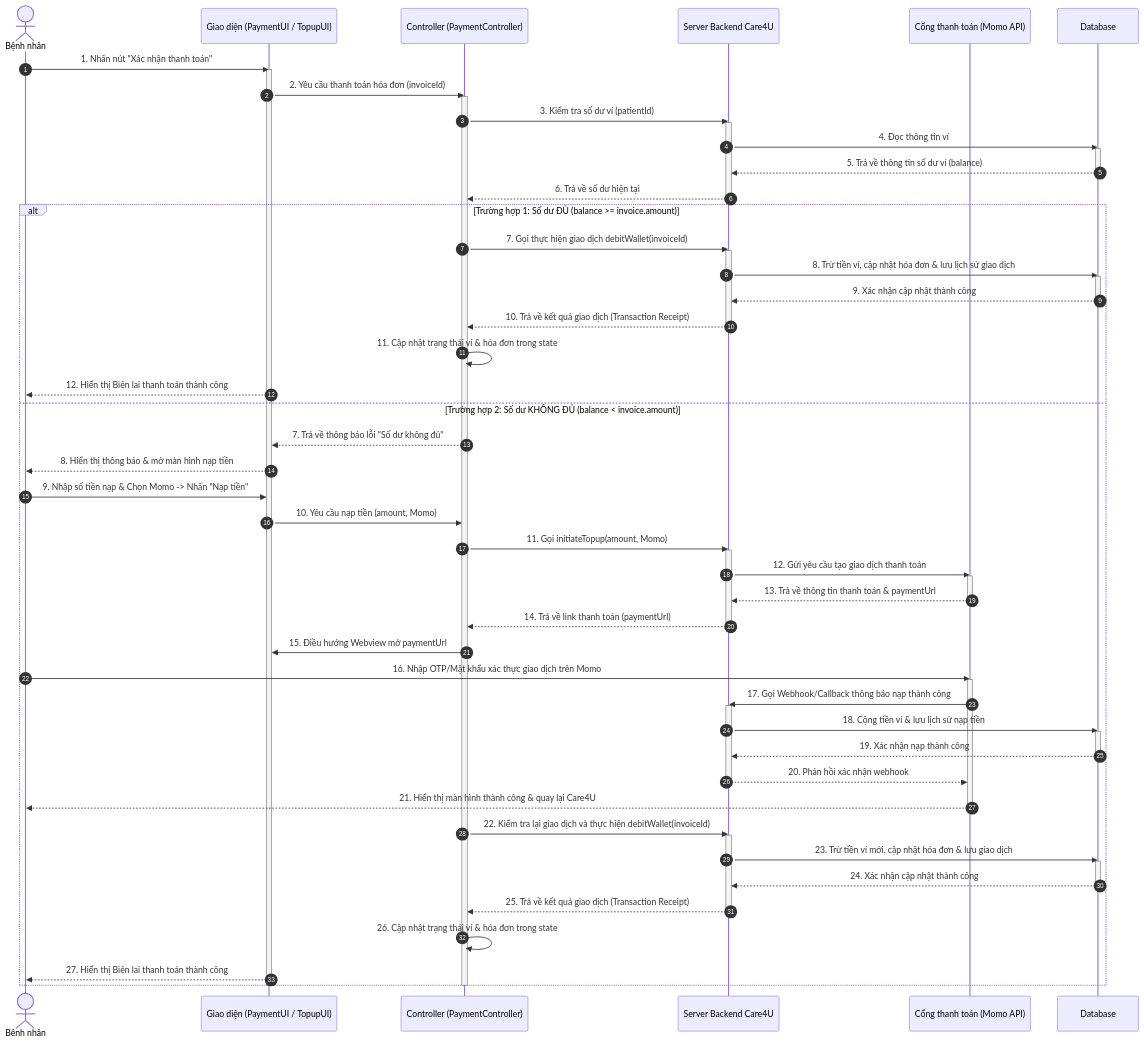
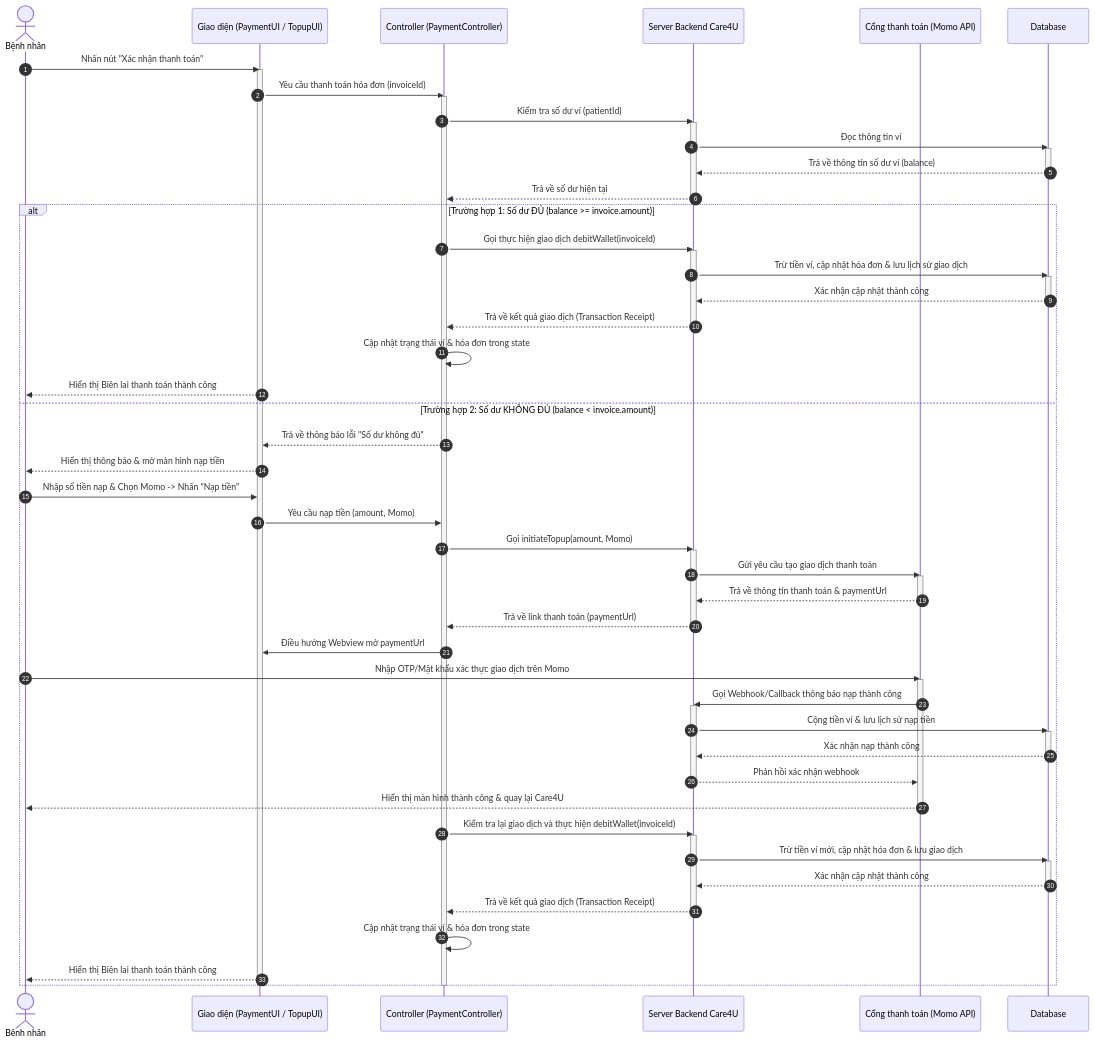
One commit to danhhuit/care4u_medical_booking changed the fourth of 4 diagrams in docs/sequence_diagrams.md. Above: the diagram before and after it, drawn with Mermaid. The commit also changed other lines of this file, not shown here.

Commit message:
docs: update sequence diagrams with PlantUML syntax and alternative websites

````diff
--- a/docs/sequence_diagrams.md
+++ b/docs/sequence_diagrams.md
@@ -107,77 +208,77 @@
 ```mermaid
 sequenceDiagram
     autonumber
     actor Patient as Bệnh nhân
     participant UI as Giao diện (PaymentUI / TopupUI)
     participant Ctrl as Controller (PaymentController)
     participant Server as Server Backend Care4U
     participant Partner as Cổng thanh toán (Momo API)
     participant DB as Database
 
-    Patient->>UI: 1. Nhấn nút "Xác nhận thanh toán"
+    Patient->>UI: Nhấn nút "Xác nhận thanh toán"
     activate UI
-    UI->>Ctrl: 2. Yêu cầu thanh toán hóa đơn (invoiceId)
+    UI->>Ctrl: Yêu cầu thanh toán hóa đơn (invoiceId)
     activate Ctrl
-    Ctrl->>Server: 3. Kiểm tra số dư ví (patientId)
+    Ctrl->>Server: Kiểm tra số dư ví (patientId)
     activate Server
-    Server->>DB: 4. Đọc thông tin ví
+    Server->>DB: Đọc thông tin ví
     activate DB
-    DB-->>Server: 5. Trả về thông tin số dư ví (balance)
+    DB-->>Server: Trả về thông tin số dư ví (balance)
     deactivate DB
-    Server-->>Ctrl: 6. Trả về số dư hiện tại
+    Server-->>Ctrl: Trả về số dư hiện tại
     deactivate Server
 
     alt Trường hợp 1: Số dư ĐỦ (balance >= invoice.amount)
-        Ctrl->>Server: 7. Gọi thực hiện giao dịch debitWallet(invoiceId)
+        Ctrl->>Server: Gọi thực hiện giao dịch debitWallet(invoiceId)
         activate Server
-        Server->>DB: 8. Trừ tiền ví, cập nhật hóa đơn & lưu lịch sử giao dịch
+        Server->>DB: Trừ tiền ví, cập nhật hóa đơn & lưu lịch sử giao dịch
         activate DB
-        DB-->>Server: 9. Xác nhận cập nhật thành công
+        DB-->>Server: Xác nhận cập nhật thành công
         deactivate DB
-        Server-->>Ctrl: 10. Trả về kết quả giao dịch (Transaction Receipt)
+        Server-->>Ctrl: Trả về kết quả giao dịch (Transaction Receipt)
         deactivate Server
-        Ctrl->>Ctrl: 11. Cập nhật trạng thái ví & hóa đơn trong state
-        UI-->>Patient: 12. Hiển thị Biên lai thanh toán thành công
+        Ctrl->>Ctrl: Cập nhật trạng thái ví & hóa đơn trong state
+        UI-->>Patient: Hiển thị Biên lai thanh toán thành công
         
     else Trường hợp 2: Số dư KHÔNG ĐỦ (balance < invoice.amount)
-        Ctrl-->>UI: 7. Trả về thông báo lỗi "Số dư không đủ"
-        UI-->>Patient: 8. Hiển thị thông báo & mở màn hình nạp tiền
-        Patient->>UI: 9. Nhập số tiền nạp & Chọn Momo -> Nhấn "Nạp tiền"
-        UI->>Ctrl: 10. Yêu cầu nạp tiền (amount, Momo)
-        Ctrl->>Server: 11. Gọi initiateTopup(amount, Momo)
+        Ctrl-->>UI: Trả về thông báo lỗi "Số dư không đủ"
+        UI-->>Patient: Hiển thị thông báo & mở màn hình nạp tiền
+        Patient->>UI: Nhập số tiền nạp & Chọn Momo -> Nhấn "Nạp tiền"
+        UI->>Ctrl: Yêu cầu nạp tiền (amount, Momo)
+        Ctrl->>Server: Gọi initiateTopup(amount, Momo)
         activate Server
-        Server->>Partner: 12. Gửi yêu cầu tạo giao dịch thanh toán
+        Server->>Partner: Gửi yêu cầu tạo giao dịch thanh toán
         activate Partner
-        Partner-->>Server: 13. Trả về thông tin thanh toán & paymentUrl
+        Partner-->>Server: Trả về thông tin thanh toán & paymentUrl
         deactivate Partner
-        Server-->>Ctrl: 14. Trả về link thanh toán (paymentUrl)
+        Server-->>Ctrl: Trả về link thanh toán (paymentUrl)
         deactivate Server
-        Ctrl->>UI: 15. Điều hướng Webview mở paymentUrl
-        Patient->>Partner: 16. Nhập OTP/Mật khẩu xác thực giao dịch trên Momo
+        Ctrl->>UI: Điều hướng Webview mở paymentUrl
+        Patient->>Partner: Nhập OTP/Mật khẩu xác thực giao dịch trên Momo
         activate Partner
-        Partner->>Server: 17. Gọi Webhook/Callback thông báo nạp thành công
+        Partner->>Server: Gọi Webhook/Callback thông báo nạp thành công
         activate Server
-        Server->>DB: 18. Cộng tiền ví & lưu lịch sử nạp tiền
+        Server->>DB: Cộng tiền ví & lưu lịch sử nạp tiền
         activate DB
-        DB-->>Server: 19. Xác nhận nạp thành công
+        DB-->>Server: Xác nhận nạp thành công
         deactivate DB
-        Server-->>Partner: 20. Phản hồi xác nhận webhook
+        Server-->>Partner: Phản hồi xác nhận webhook
         deactivate Server
-        Partner-->>Patient: 21. Hiển thị màn hình thành công & quay lại Care4U
+        Partner-->>Patient: Hiển thị màn hình thành công & quay lại Care4U
         deactivate Partner
         
         %% Tiếp tục thanh toán sau khi nạp thành công
-        Ctrl->>Server: 22. Kiểm tra lại giao dịch và thực hiện debitWallet(invoiceId)
+        Ctrl->>Server: Kiểm tra lại giao dịch và thực hiện debitWallet(invoiceId)
         activate Server
-        Server->>DB: 23. Trừ tiền ví mới, cập nhật hóa đơn & lưu giao dịch
+        Server->>DB: Trừ tiền ví mới, cập nhật hóa đơn & lưu giao dịch
         activate DB
-        DB-->>Server: 24. Xác nhận cập nhật thành công
+        DB-->>Server: Xác nhận cập nhật thành công
         deactivate DB
-        Server-->>Ctrl: 25. Trả về kết quả giao dịch (Transaction Receipt)
+        Server-->>Ctrl: Trả về kết quả giao dịch (Transaction Receipt)
         deactivate Server
-        Ctrl->>Ctrl: 26. Cập nhật trạng thái ví & hóa đơn trong state
-        UI-->>Patient: 27. Hiển thị Biên lai thanh toán thành công
+        Ctrl->>Ctrl: Cập nhật trạng thái ví & hóa đơn trong state
+        UI-->>Patient: Hiển thị Biên lai thanh toán thành công
     end
     deactivate Ctrl
     deactivate UI
 ```
````
